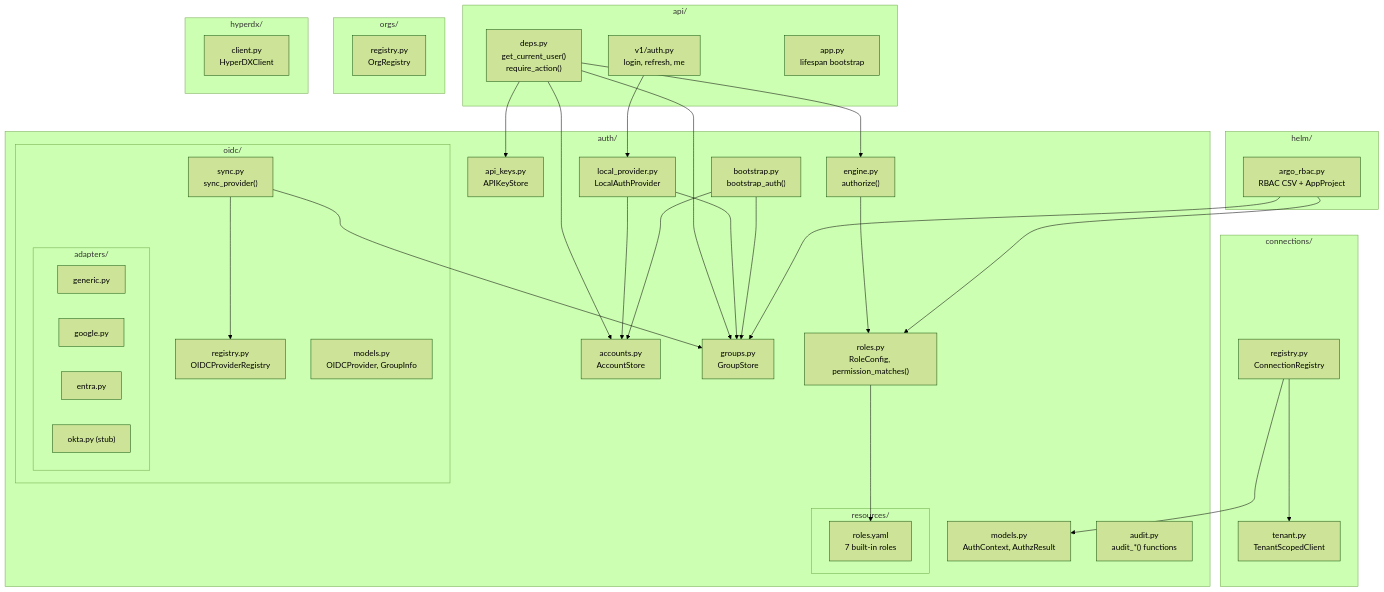
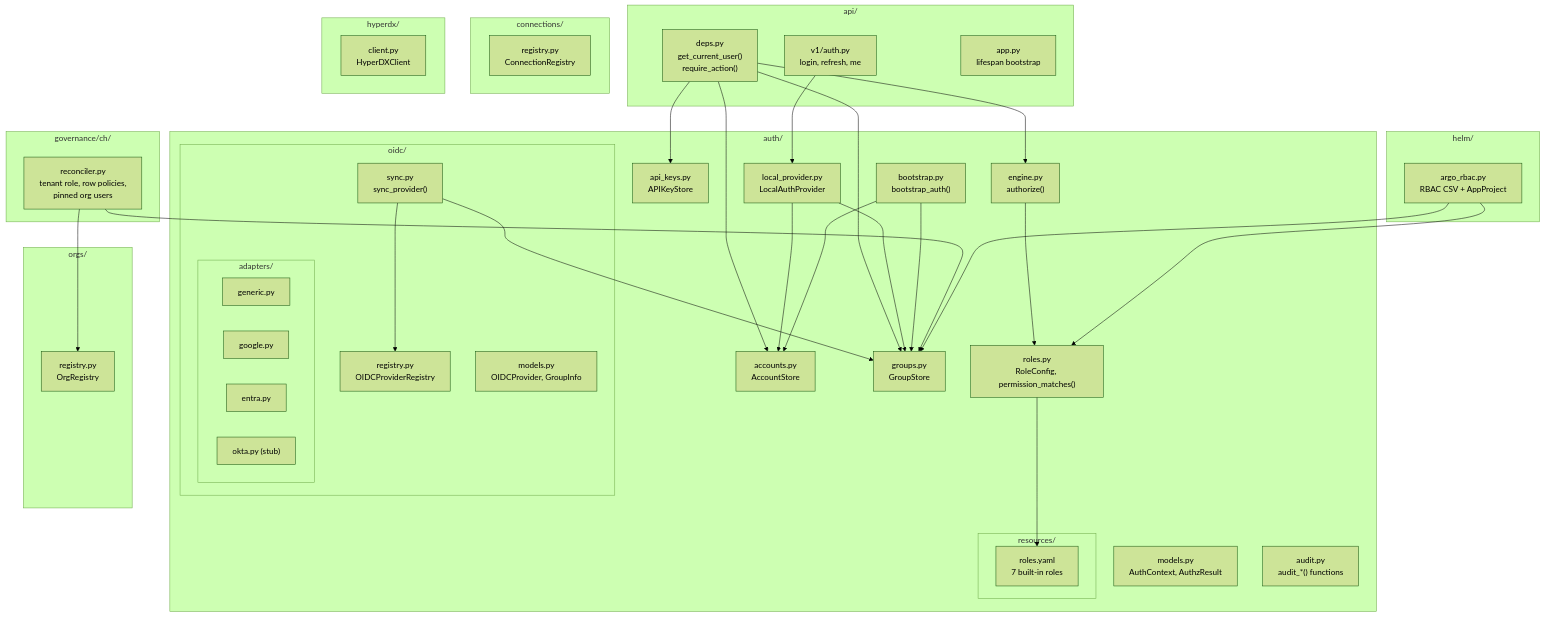
Before and after one commit to hyperi-io/dfe-engine: diagram 11 of 11 in docs/control-plane/rbac.md, drawn with Mermaid (forest theme). The commit also changed other lines of this file and 2 other files, not shown here.

First line of the commit message:
docs: describe the ClickHouse tenant model the engine runs

````diff
--- a/docs/control-plane/rbac.md
+++ b/docs/control-plane/rbac.md
@@ -852,71 +767,74 @@
 ```mermaid
 graph TD
     subgraph "auth/"
         ENGINE["engine.py<br/>authorize()"]
         MODELS["models.py<br/>AuthContext, AuthzResult"]
         ROLES_MOD["roles.py<br/>RoleConfig, permission_matches()"]
         ACCOUNTS["accounts.py<br/>AccountStore"]
         GROUPS["groups.py<br/>GroupStore"]
         APIKEYS["api_keys.py<br/>APIKeyStore"]
         LOCAL["local_provider.py<br/>LocalAuthProvider"]
         BOOT["bootstrap.py<br/>bootstrap_auth()"]
         AUDIT["audit.py<br/>audit_*() functions"]
 
         subgraph "oidc/"
             OIDC_REG["registry.py<br/>OIDCProviderRegistry"]
             OIDC_SYNC["sync.py<br/>sync_provider()"]
             OIDC_MODELS["models.py<br/>OIDCProvider, GroupInfo"]
             subgraph "adapters/"
                 GENERIC_A["generic.py"]
                 GOOGLE_A["google.py"]
                 ENTRA_A["entra.py"]
                 OKTA_A["okta.py (stub)"]
             end
         end
 
         subgraph "resources/"
             ROLES_YAML["roles.yaml<br/>7 built-in roles"]
         end
     end
 
     subgraph "api/"
         DEPS["deps.py<br/>get_current_user()<br/>require_action()"]
         AUTH_ROUTER["v1/auth.py<br/>login, refresh, me"]
         APP["app.py<br/>lifespan bootstrap"]
     end
 
     subgraph "connections/"
         CONN_REG["registry.py<br/>ConnectionRegistry"]
-        TENANT["tenant.py<br/>TenantScopedClient"]
+    end
+
+    subgraph "governance/ch/"
+        CH_RBAC["reconciler.py<br/>tenant role, row policies,<br/>pinned org users"]
     end
 
     subgraph "orgs/"
         ORG_REG["registry.py<br/>OrgRegistry"]
     end
 
     subgraph "hyperdx/"
         HDX["client.py<br/>HyperDXClient"]
     end
 
     subgraph "helm/"
         ARGO["argo_rbac.py<br/>RBAC CSV + AppProject"]
     end
 
     DEPS --> ENGINE
     DEPS --> ACCOUNTS
     DEPS --> GROUPS
     DEPS --> APIKEYS
     AUTH_ROUTER --> LOCAL
     LOCAL --> ACCOUNTS
     LOCAL --> GROUPS
     ENGINE --> ROLES_MOD
     ROLES_MOD --> ROLES_YAML
     BOOT --> ACCOUNTS
     BOOT --> GROUPS
     OIDC_SYNC --> OIDC_REG
     OIDC_SYNC --> GROUPS
-    CONN_REG --> MODELS
-    CONN_REG --> TENANT
+    CH_RBAC --> ORG_REG
+    CH_RBAC --> GROUPS
     ARGO --> ROLES_MOD
     ARGO --> GROUPS
 ```
````
